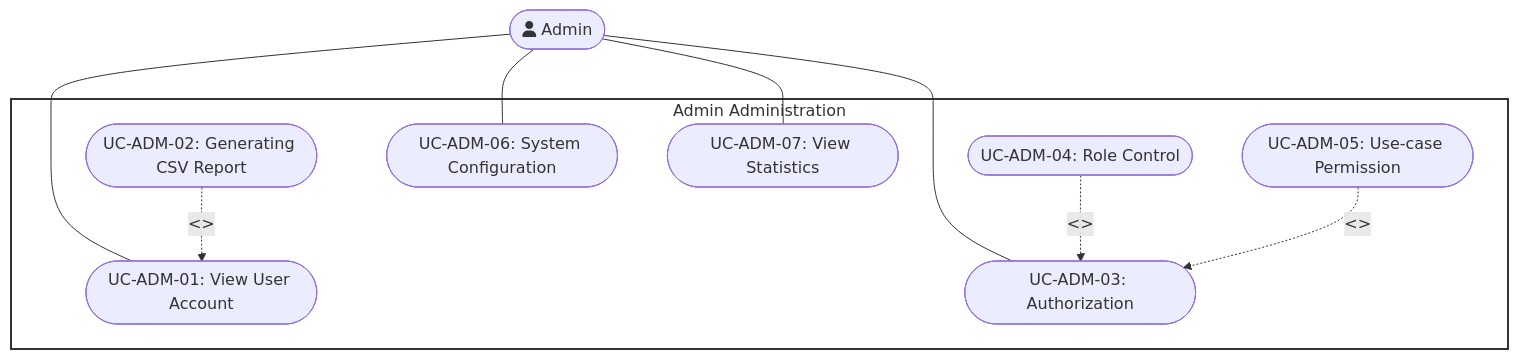
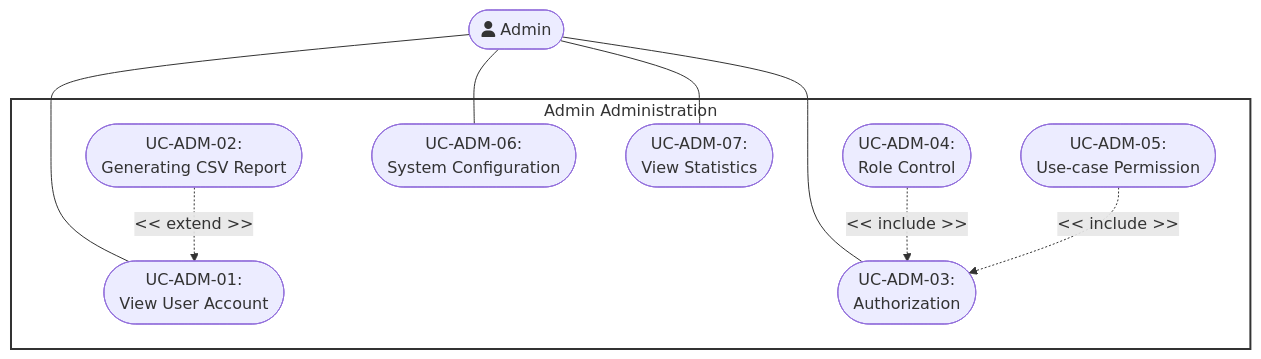
The ninth of 9 diagrams in docs/management/PA3/Use-CaseDiagram.md (DuyNhat1705/AmeThyst-Library), drawn with Mermaid before and after one commit. The commit also changed other lines of this file and 2 other files, not shown here.

Commit message:
update uc diagram

````diff
--- a/docs/management/PA3/Use-CaseDiagram.md
+++ b/docs/management/PA3/Use-CaseDiagram.md
@@ -365,21 +361,21 @@
 ```mermaid
 flowchart TD
  subgraph AdminAdministration["Admin Administration"]
-        UC1(["UC-ADM-01: View User Account"])
-        UC2(["UC-ADM-02: Generating CSV Report"])
-        UC3(["UC-ADM-03: Authorization"])
-        UC4(["UC-ADM-04: Role Control"])
-        UC5(["UC-ADM-05: Use-case Permission"])
-        UC6(["UC-ADM-06: System Configuration"])
-        UC7(["UC-ADM-07: View Statistics"])
+        UC1(["<center>UC-ADM-01:<br>View User Account</center>"])
+        UC2(["<center>UC-ADM-02:<br>Generating CSV Report</center>"])
+        UC3(["<center>UC-ADM-03:<br>Authorization</center>"])
+        UC4(["<center>UC-ADM-04:<br>Role Control</center>"])
+        UC5(["<center>UC-ADM-05:<br>Use-case Permission</center>"])
+        UC6(["<center>UC-ADM-06:<br>System Configuration</center>"])
+        UC7(["<center>UC-ADM-07:<br>View Statistics</center>"])
   end
-    Admin(["fa:fa-user Admin"]) ~~~~ AdminAdministration
+    Admin(["<center>fa:fa-user Admin</center>"]) ~~~~ AdminAdministration
     Admin --- UC1 & UC3 & UC6 & UC7
     
     %% Fixed: Changed from generalization (-->) to <<include>>
-    UC2 -. "<<extend>>" .-> UC1
-    UC4 -. "<<include>>" .-> UC3
-    UC5 -. "<<include>>" .-> UC3
+    UC2 -. "<< extend >>" .-> UC1
+    UC4 -. "<< include >>" .-> UC3
+    UC5 -. "<< include >>" .-> UC3
 
     style AdminAdministration fill:#fff,stroke:#333,stroke-width:2px
 ```
````
